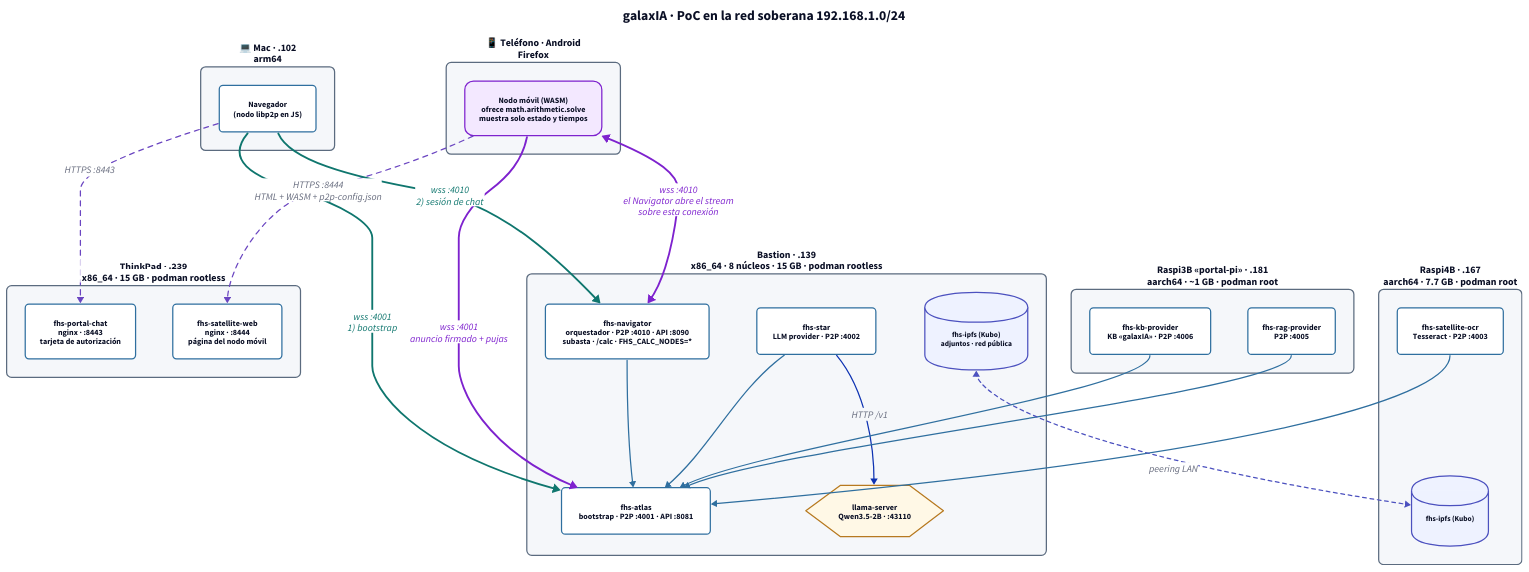
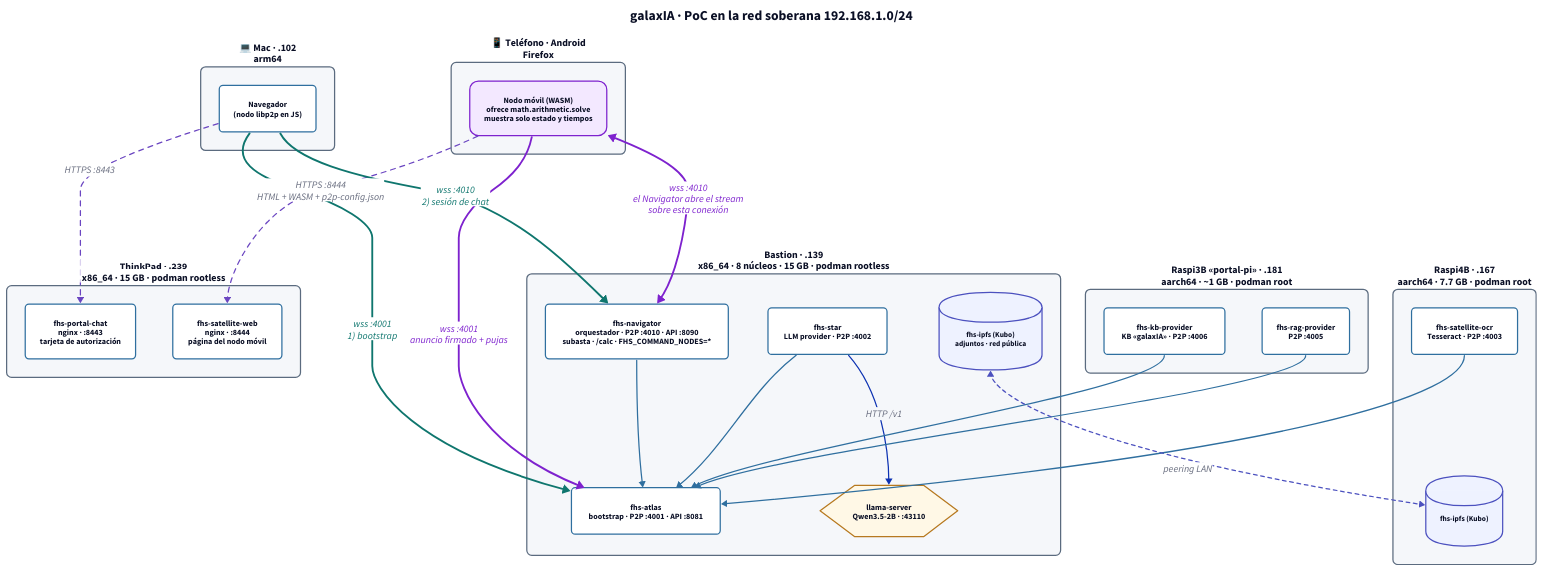
The diagram in docs/diagramas/topologia.d2 (rafex/galaxIA-gitops), drawn with D2 before and after one commit. The commit also changed 7 other files, not shown here.

Commit message:
docs(gitops): comandos autodescubiertos (FHS_COMMAND_NODES) en runbook, script y diagramas

```diff
--- a/docs/diagramas/topologia.d2
+++ b/docs/diagramas/topologia.d2
@@ -1,120 +1,120 @@
 # Topología de la PoC — qué corre dónde y quién habla con quién
 # Red soberana 192.168.1.0/24 (router OpenWrt 192.168.1.1). El acceso SSH
 # de operación está aparte: acceso-operacion.d2
 # Regenerar: scripts/render-diagramas.sh
 
 direction: down
 
 classes: {
   host: {
     style: {
       fill: "#F5F7FA"
       stroke: "#5B6B7F"
       border-radius: 8
       font-size: 16
       bold: true
     }
   }
   svc: {
     style: {
       fill: "#FFFFFF"
       stroke: "#2F6F9F"
       border-radius: 6
       font-size: 13
     }
   }
   llm: {
     shape: hexagon
     style: {
       fill: "#FFF8E6"
       stroke: "#B7791F"
       font-size: 13
     }
   }
   store: {
     shape: cylinder
     style: {
       fill: "#EEF2FF"
       stroke: "#4C51BF"
       font-size: 12
     }
   }
   movil: {
     style: {
       fill: "#F3E8FF"
       stroke: "#7E22CE"
       stroke-width: 2
       border-radius: 14
       font-size: 13
     }
   }
   p2p: { style: { stroke: "#2F6F9F"; stroke-width: 2 } }
   browser: { style: { stroke: "#0F766E"; stroke-width: 3; font-color: "#0F766E" } }
   web: { style: { stroke: "#6B46C1"; stroke-width: 2; stroke-dash: 4 } }
   nodo: { style: { stroke: "#7E22CE"; stroke-width: 3; font-color: "#7E22CE" } }
 }
 
 titulo: "galaxIA · PoC en la red soberana 192.168.1.0/24" {
   near: top-center
   shape: text
   style.font-size: 22
   style.bold: true
 }
 
 mac: "💻 Mac · .102\narm64" {
   class: host
   navegador: "Navegador\n(nodo libp2p en JS)" {class: svc}
 }
 
 telefono: "📱 Teléfono · Android\nFirefox" {
   class: host
   nodo: "Nodo móvil (WASM)\nofrece math.arithmetic.solve\nmuestra solo estado y tiempos" {class: movil}
 }
 
 thinkpad: "ThinkPad · .239\nx86_64 · 15 GB · podman rootless" {
   class: host
   portal: "fhs-portal-chat\nnginx · :8443\ntarjeta de autorización" {class: svc}
   web: "fhs-satellite-web\nnginx · :8444\npágina del nodo móvil" {class: svc}
 }
 
 bastion: "Bastion · .139\nx86_64 · 8 núcleos · 15 GB · podman rootless" {
   class: host
   atlas: "fhs-atlas\nbootstrap · P2P :4001 · API :8081" {class: svc}
-  navigator: "fhs-navigator\norquestador · P2P :4010 · API :8090\nsubasta · /calc · FHS_CALC_NODES=*" {class: svc}
+  navigator: "fhs-navigator\norquestador · P2P :4010 · API :8090\nsubasta · /calc · FHS_COMMAND_NODES=*" {class: svc}
   star: "fhs-star\nLLM provider · P2P :4002" {class: svc}
   llama: "llama-server\nQwen3.5-2B · :43110" {class: llm}
   ipfs: "fhs-ipfs (Kubo)\nadjuntos · red pública" {class: store}
   star -> llama: "HTTP /v1"
 }
 
 raspi4b: "Raspi4B · .167\naarch64 · 7.7 GB · podman root" {
   class: host
   ocr: "fhs-satellite-ocr\nTesseract · P2P :4003" {class: svc}
   ipfs: "fhs-ipfs (Kubo)" {class: store}
 }
 
 raspi3b: "Raspi3B «portal-pi» · .181\naarch64 · ~1 GB · podman root" {
   class: host
   kb: "fhs-kb-provider\nKB «galaxIA» · P2P :4006" {class: svc}
   rag: "fhs-rag-provider\nP2P :4005" {class: svc}
 }
 
 # Web: los navegadores bajan la página y su p2p-config.json
 mac.navegador -> thinkpad.portal: "HTTPS :8443" {class: web}
 telefono.nodo -> thinkpad.web: "HTTPS :8444\nHTML + WASM + p2p-config.json" {class: web}
 
 # P2P: el navegador entra al swarm por Atlas y dialea directo a Navigator
 mac.navegador -> bastion.atlas: "wss :4001\n1) bootstrap" {class: browser}
 mac.navegador -> bastion.navigator: "wss :4010\n2) sesión de chat" {class: browser}
 
 # El teléfono hace lo mismo y además se anuncia como proveedor
 telefono.nodo -> bastion.atlas: "wss :4001\nanuncio firmado + pujas" {class: nodo}
 telefono.nodo <-> bastion.navigator: "wss :4010\nel Navigator abre el stream\nsobre esta conexión" {class: nodo}
 
 # Cada provider y Navigator se enganchan a Atlas (dialBootstraps con reintento)
 bastion.navigator -> bastion.atlas {class: p2p}
 bastion.star -> bastion.atlas {class: p2p}
 raspi4b.ocr -> bastion.atlas {class: p2p}
 raspi3b.kb -> bastion.atlas {class: p2p}
 raspi3b.rag -> bastion.atlas {class: p2p}
 bastion.ipfs <-> raspi4b.ipfs: "peering LAN" {style.stroke: "#4C51BF"; style.stroke-dash: 3}
```
